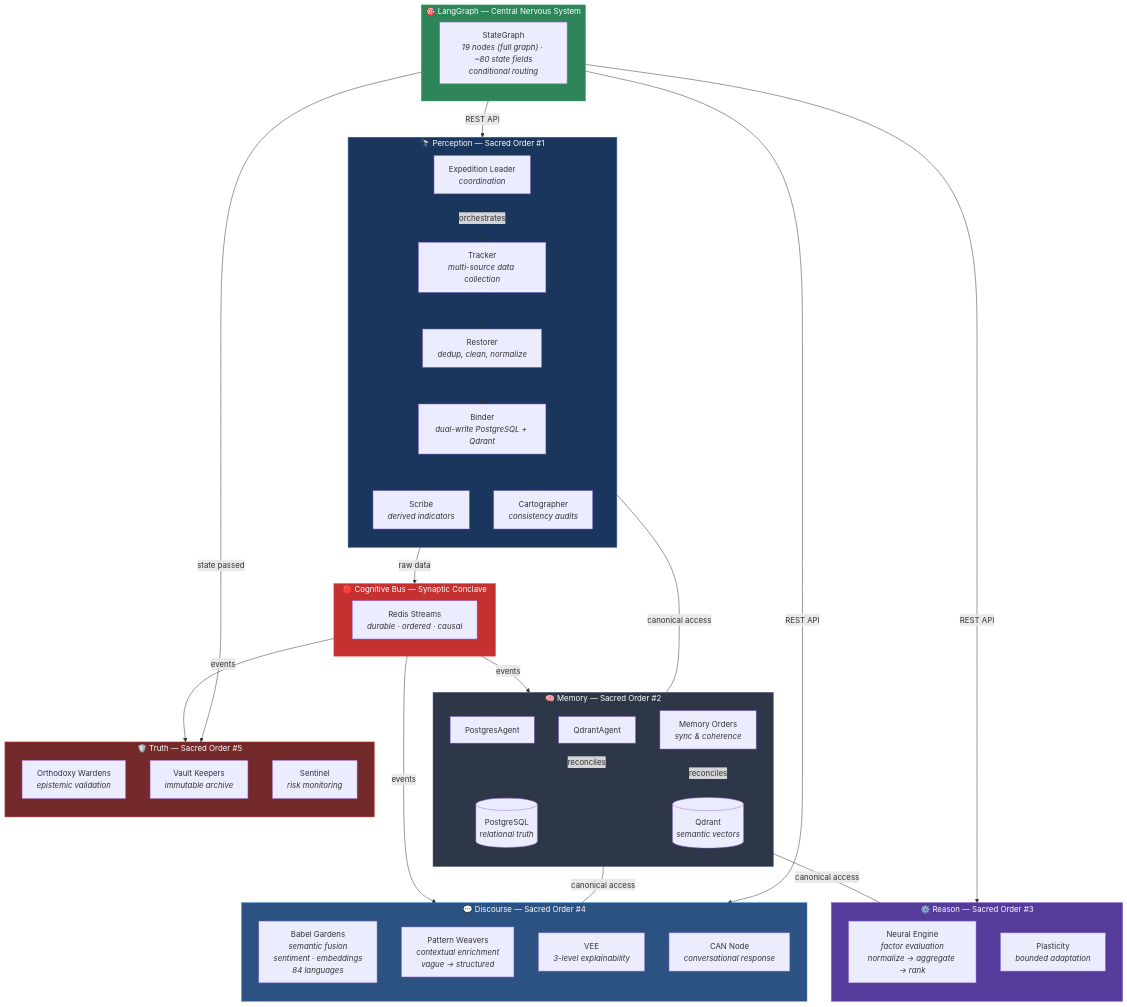
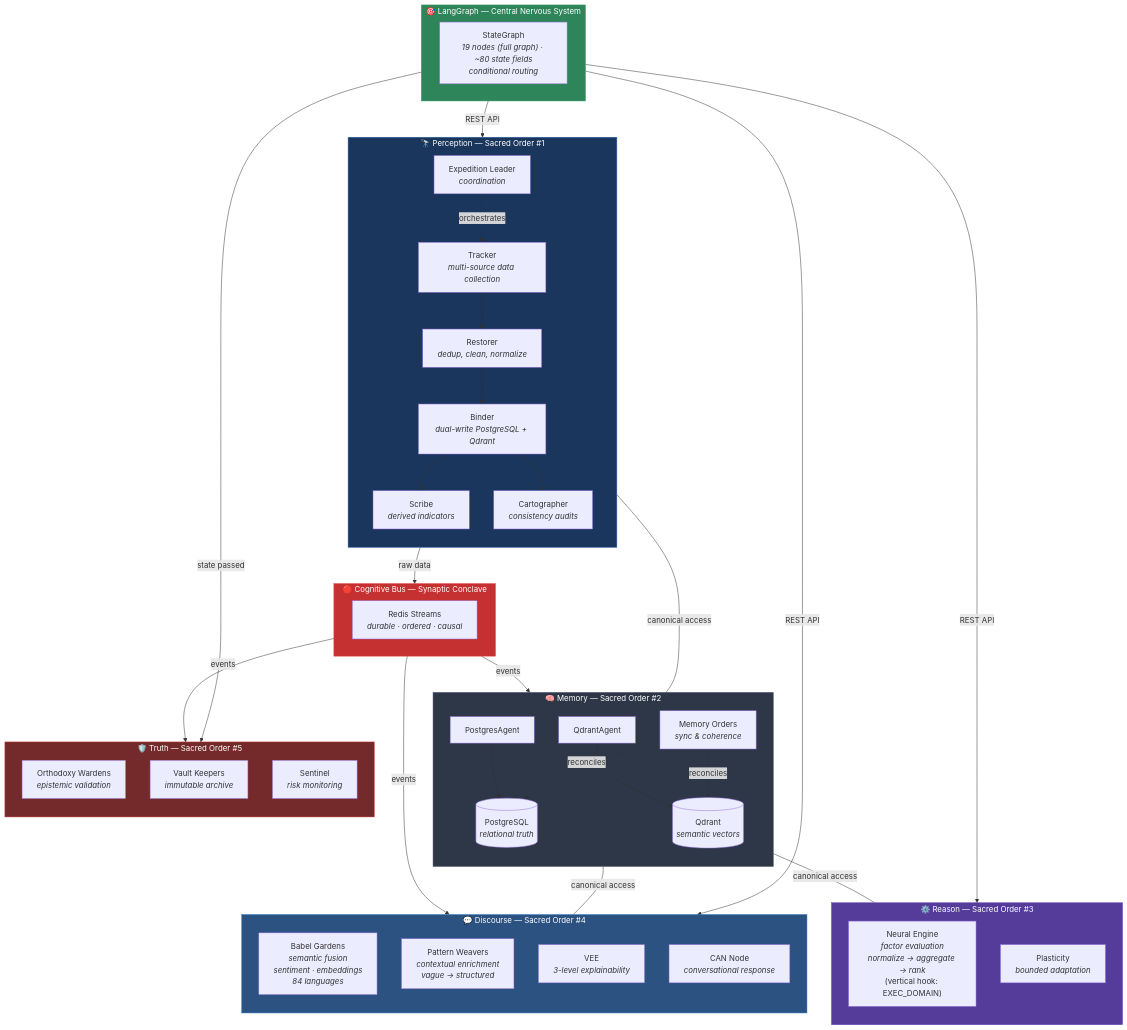
One commit to vitruvyan/vitruvyan-core changed the first of 2 diagrams in docs/foundational/VITRUVYAN_OVERVIEW.md. Above: the diagram before and after it, drawn with Mermaid. The commit also changed other lines of this file and 21 other files, not shown here.

```diff
--- a/docs/foundational/VITRUVYAN_OVERVIEW.md
+++ b/docs/foundational/VITRUVYAN_OVERVIEW.md
@@ -49,7 +49,7 @@
 
     subgraph REASON["⚙️ Reason — Sacred Order #3"]
         direction TB
-        NE["Neural Engine<br/><i>factor evaluation<br/>normalize → aggregate → rank</i>"]
+        NE["Neural Engine<br/><i>factor evaluation<br/>normalize → aggregate → rank</i><br/>(vertical hook: EXEC_DOMAIN)"]
         PLAST["Plasticity<br/><i>bounded adaptation</i>"]
     end
 
```
